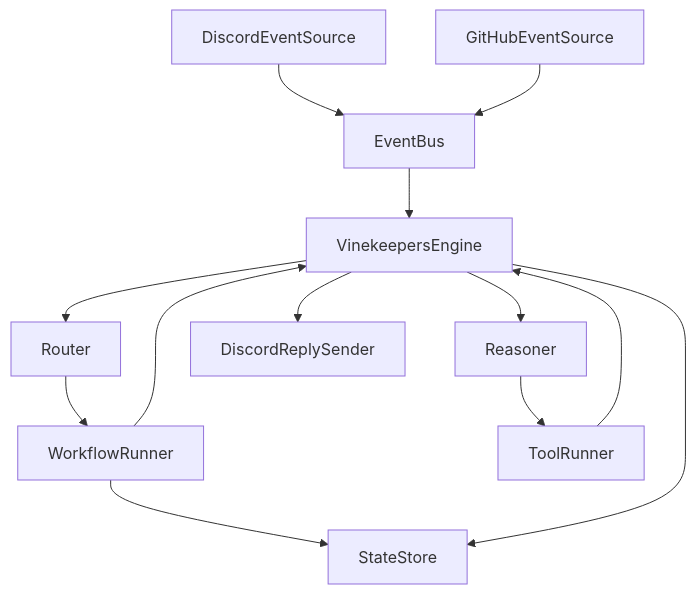
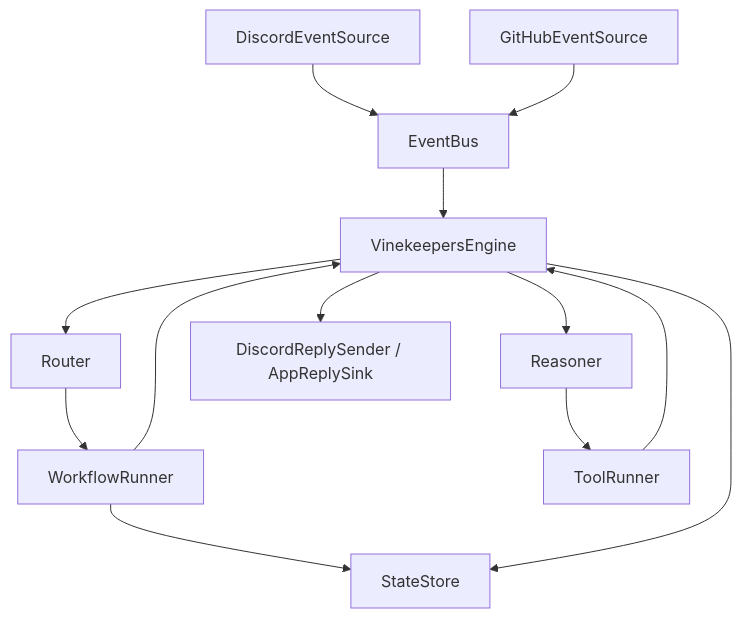
Before and after one commit to perfectedge13/Vinekeepers: the diagram in mkdoc/architecture.md, drawn with Mermaid. The commit also changed other lines of this file and 71 other files, not shown here.

````diff
--- a/mkdoc/architecture.md
+++ b/mkdoc/architecture.md
@@ -30,26 +31,26 @@
 ```mermaid
 flowchart TB
   Discord[DiscordEventSource]
   GitHub[GitHubEventSource]
   Bus[EventBus]
   Engine[VinekeepersEngine]
   Router[Router]
   Runner[WorkflowRunner]
   Reasoner[Reasoner]
   Tools[ToolRunner]
   State[StateStore]
-  Reply[DiscordReplySender]
+  Reply[DiscordReplySender / AppReplySink]
 
   Discord --> Bus
   GitHub --> Bus
   Bus --> Engine
   Engine --> Router
   Router --> Runner
   Runner --> State
   Runner --> Engine
   Engine --> Reasoner
   Reasoner --> Tools
   Tools --> Engine
   Engine --> State
   Engine --> Reply
 ```
````
